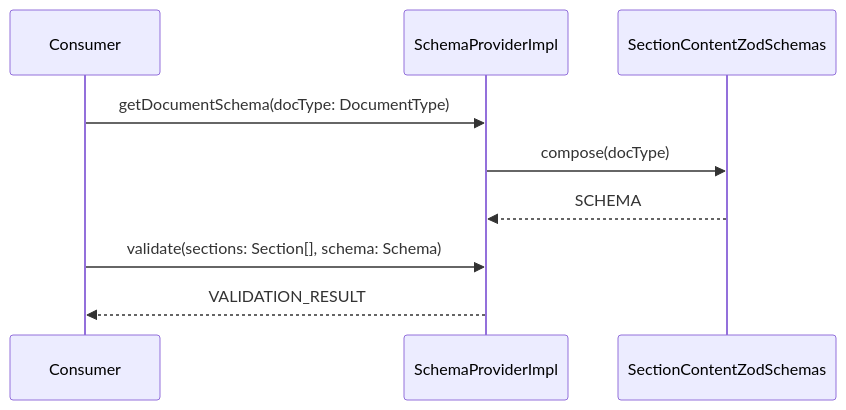
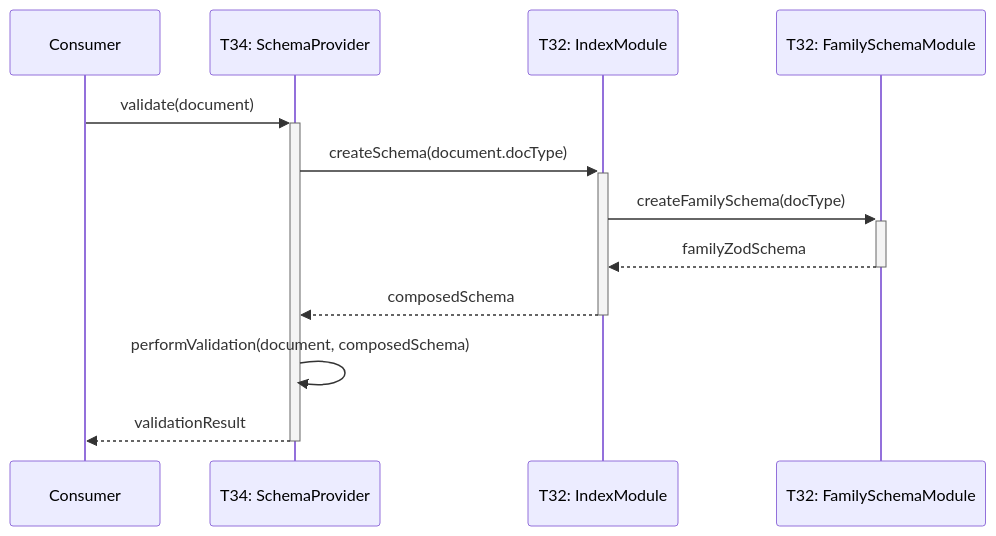
Before and after one commit to livelifelively/documentation-driven-development-tools: the fifth of 5 diagrams in docs/requirements/p1.p6-doc-content-validator.plan.md, drawn with Mermaid. The commit also changed other lines of this file and 2 other files, not shown here.

````diff
--- a/docs/requirements/p1.p6-doc-content-validator.plan.md
+++ b/docs/requirements/p1.p6-doc-content-validator.plan.md
@@ -203,12 +224,15 @@
 ```mermaid
 sequenceDiagram
     participant Consumer
-    participant SchemaProviderImpl
-    participant ZodSchemas as SectionContentZodSchemas
+    participant SchemaProviderImpl as T34: SchemaProvider
+    participant IndexModule as T32: IndexModule
+    participant FamilySchemaModule as T32: FamilySchemaModule
 
-    Consumer->>SchemaProviderImpl: getDocumentSchema(docType: DocumentType)
-    SchemaProviderImpl->>ZodSchemas: compose(docType)
-    ZodSchemas-->>SchemaProviderImpl: SCHEMA
-    Consumer->>SchemaProviderImpl: validate(sections: Section[], schema: Schema)
-    SchemaProviderImpl-->>Consumer: VALIDATION_RESULT
+    Consumer->>+SchemaProviderImpl: validate(document)
+    SchemaProviderImpl->>+IndexModule: createSchema(document.docType)
+    IndexModule->>+FamilySchemaModule: createFamilySchema(docType)
+    FamilySchemaModule-->>-IndexModule: familyZodSchema
+    IndexModule-->>-SchemaProviderImpl: composedSchema
+    SchemaProviderImpl->>SchemaProviderImpl: performValidation(document, composedSchema)
+    SchemaProviderImpl-->>-Consumer: validationResult
 ```
````
